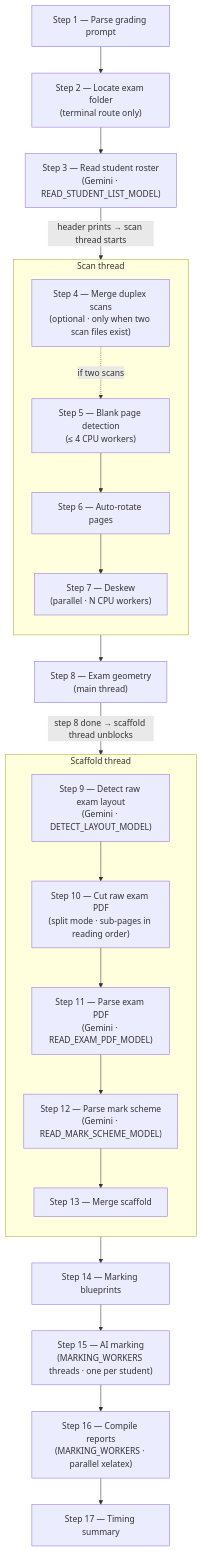
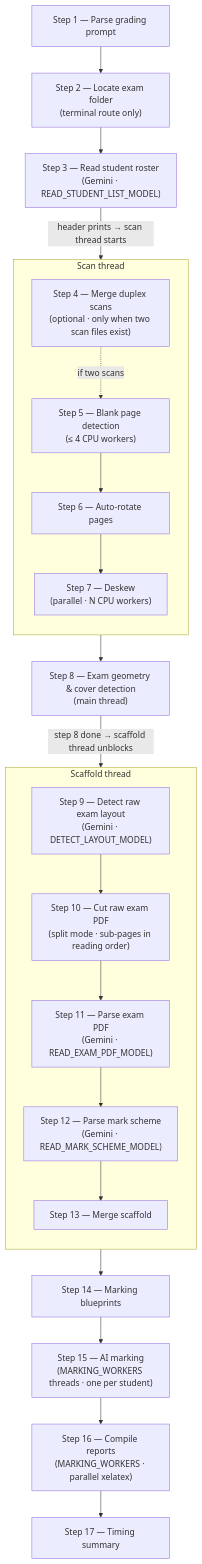
The third of 3 diagrams in README.md (JoschkaKoen/IGCSE-Exercise-Sheet-Generator-1), drawn with Mermaid before and after one commit. The commit also changed other lines of this file and 8 other files, not shown here.

First line of the commit message:
xscore: cover-page mode (step 8); skip cover in marking; path heuristics

````diff
--- a/README.md
+++ b/README.md
@@ -154,38 +154,38 @@
 ```mermaid
 flowchart TD
     s1["Step 1 — Parse grading prompt"]
     s2["Step 2 — Locate exam folder\n(terminal route only)"]
     s3["Step 3 — Read student roster\n(Gemini · READ_STUDENT_LIST_MODEL)"]
     s1 --> s2 --> s3
 
     s3 -->|"header prints → scan thread starts"| s4
 
     subgraph scan ["Scan thread"]
         direction TB
         s4["Step 4 — Merge duplex scans\n(optional · only when two scan files exist)"]
         s5["Step 5 — Blank page detection\n(≤ 4 CPU workers)"]
         s6["Step 6 — Auto-rotate pages"]
         s7["Step 7 — Deskew\n(parallel · N CPU workers)"]
         s4 -.->|if two scans| s5
         s5 --> s6 --> s7
     end
 
-    s7 --> s8["Step 8 — Exam geometry\n(main thread)"]
+    s7 --> s8["Step 8 — Exam geometry & cover detection\n(main thread)"]
 
     s8 -->|"step 8 done → scaffold thread unblocks"| s9
 
     subgraph scaffold ["Scaffold thread"]
         direction TB
         s9["Step 9 — Detect raw exam layout\n(Gemini · DETECT_LAYOUT_MODEL)"]
         s10["Step 10 — Cut raw exam PDF\n(split mode · sub-pages in reading order)"]
         s11["Step 11 — Parse exam PDF\n(Gemini · READ_EXAM_PDF_MODEL)"]
         s12["Step 12 — Parse mark scheme\n(Gemini · READ_MARK_SCHEME_MODEL)"]
         s13["Step 13 — Merge scaffold"]
         s9 --> s10 --> s11 --> s12 --> s13
     end
 
     s13 --> s14["Step 14 — Marking blueprints"]
     s14 --> s15["Step 15 — AI marking\n(MARKING_WORKERS threads · one per student)"]
     s15 --> s16["Step 16 — Compile reports\n(MARKING_WORKERS · parallel xelatex)"]
     s16 --> s17["Step 17 — Timing summary"]
 ```
````
